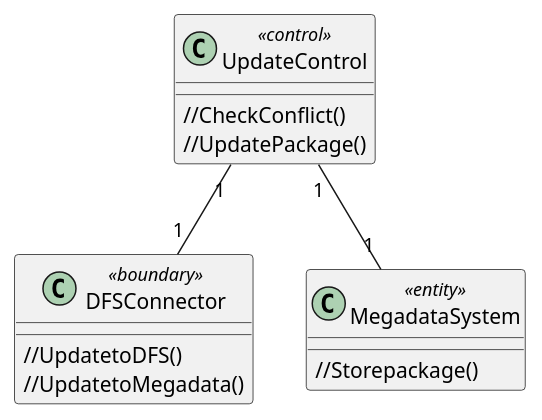
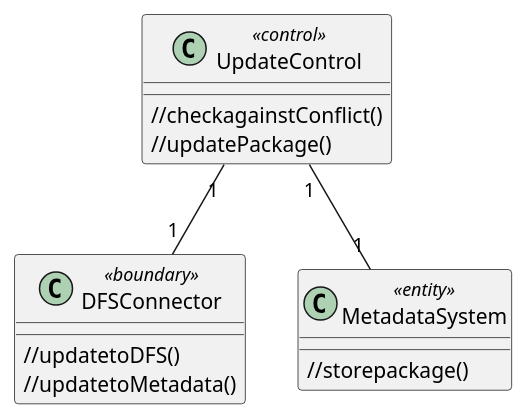
One commit to McSinyx/ipppi changed the sixth of 6 diagrams in source/solution/use-case-analysis.rst. Above: the diagram before and after it, drawn with PlantUML. The commit also changed other lines of this file, not shown here.

Commit message:
update update

```diff
--- a/source/solution/use-case-analysis.rst
+++ b/source/solution/use-case-analysis.rst
@@ -161,18 +161,18 @@
 .. uml::
 
    class DFSConnector <<boundary>> {
-      //UpdatetoDFS()
-      //UpdatetoMegadata()
+      //updatetoDFS()
+      //updatetoMetadata()
    }
 
    class UpdateControl <<control>> {
-      //CheckConflict()
-      //UpdatePackage()
+      //checkagainstConflict()
+      //updatePackage()
    }
 
-   class MegadataSystem <<entity>> {
-      //Storepackage()
+   class MetadataSystem <<entity>> {
+      //storepackage()
    }
 
    UpdateControl "1" -- "1" DFSConnector
-   UpdateControl "1" -- "1" MegadataSystem
+   UpdateControl "1" -- "1" MetadataSystem
```
